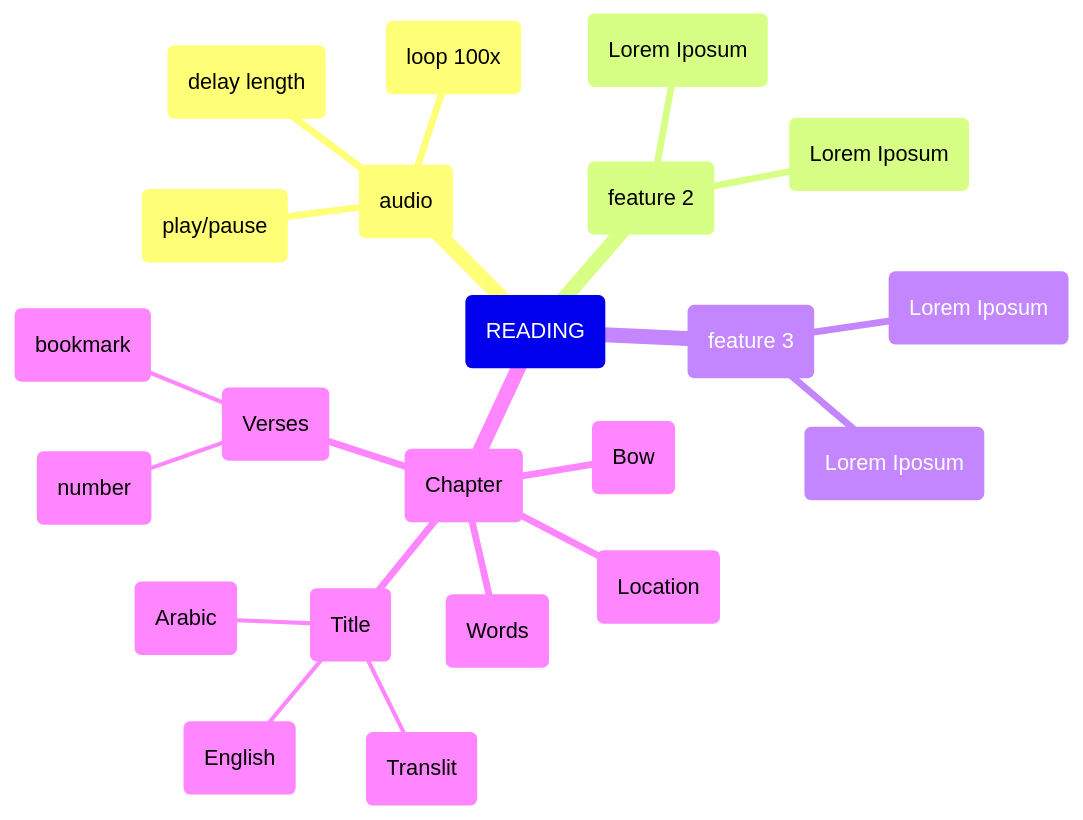
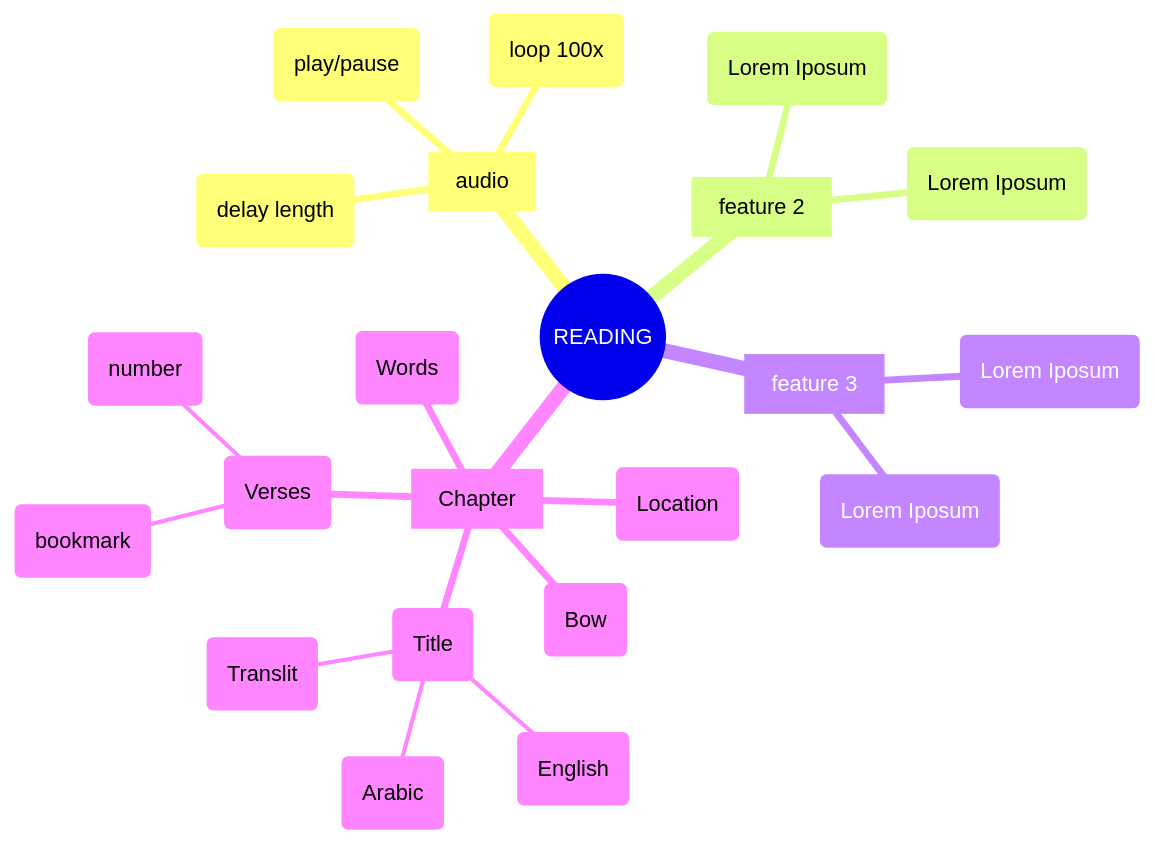
Before and after one commit to muhiddinjv/mvp: the first of 2 diagrams in README.md, drawn with Mermaid. The commit also changed other lines of this file, not shown here.

````diff
--- a/README.md
+++ b/README.md
@@ -2,25 +2,25 @@
 ```mermaid
 mindmap
-  root(READING)
-    (audio)
+  root((READING))
+    [audio]
       (play/pause)
       (loop 100x)
       (delay length)
-    (feature 2)
+    [feature 2]
       (Lorem Iposum)
       (Lorem Iposum)
-    (feature 3)
+    [feature 3]
       (Lorem Iposum)
       (Lorem Iposum)
-    (Chapter)
+    [Chapter]
       (Title)
         (Translit)
         (Arabic)
         (English)
       (Location)
       (Verses)
         (number)
         (bookmark)
       (Words)
       (Bow)
 ```
````
